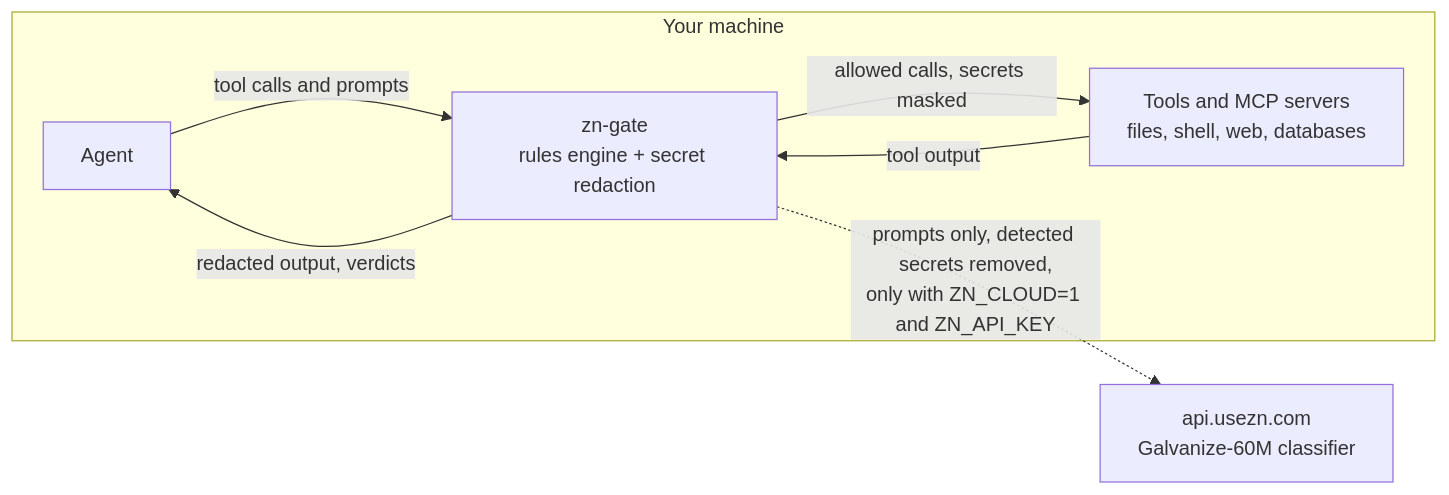
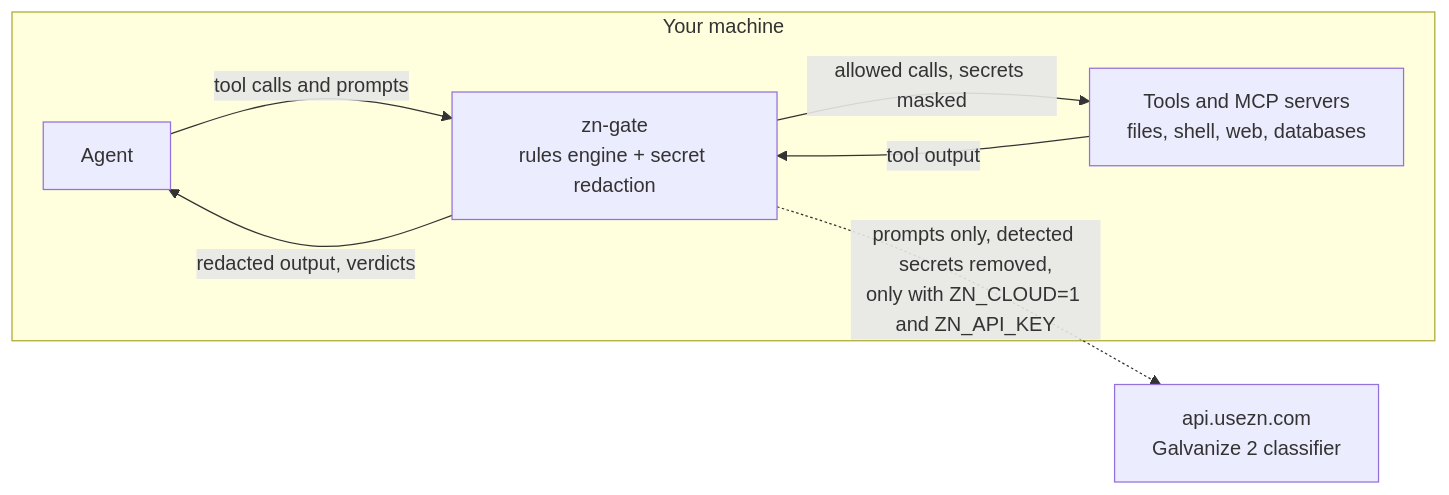
The second of 2 diagrams in README.md (actions-marketplace-validations/usezn_zn), drawn with Mermaid before and after one commit. The commit also changed other lines of this file and 2 other files, not shown here.

Commit message:
docs: README cloud check uses Galvanize 2, add held-out results

````diff
--- a/README.md
+++ b/README.md
@@ -170,14 +170,14 @@
 ```mermaid
 flowchart LR
     subgraph local["Your machine"]
         A["Agent"]
         Z["zn-gate<br/>rules engine + secret redaction"]
         T["Tools and MCP servers<br/>files, shell, web, databases"]
     end
-    C["api.usezn.com<br/>Galvanize-60M classifier"]
+    C["api.usezn.com<br/>Galvanize 2 classifier"]
     A -- "tool calls and prompts" --> Z
     Z -- "allowed calls, secrets masked" --> T
     T -- "tool output" --> Z
     Z -- "redacted output, verdicts" --> A
     Z -. "prompts only, detected secrets removed,<br/>only with ZN_CLOUD=1 and ZN_API_KEY" .-> C
 ```
````
